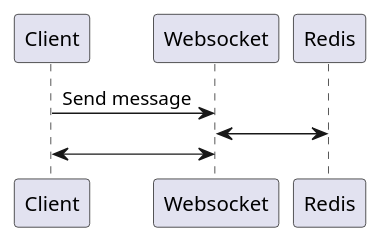
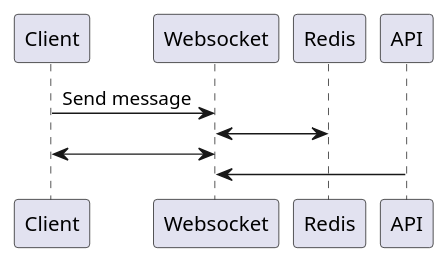
The diagram in diagrams/api_schemes/websocket.puml (jiewuko/graduate_work), drawn with PlantUML before and after one commit. The commit also changed 13 other files, not shown here.

```diff
--- a/diagrams/api_schemes/websocket.puml
+++ b/diagrams/api_schemes/websocket.puml
@@ -1,5 +1,6 @@
 @startuml
 Client -> Websocket: Send message
 Websocket <-> Redis
 Client <-> Websocket
+API -> Websocket
 @enduml
```
